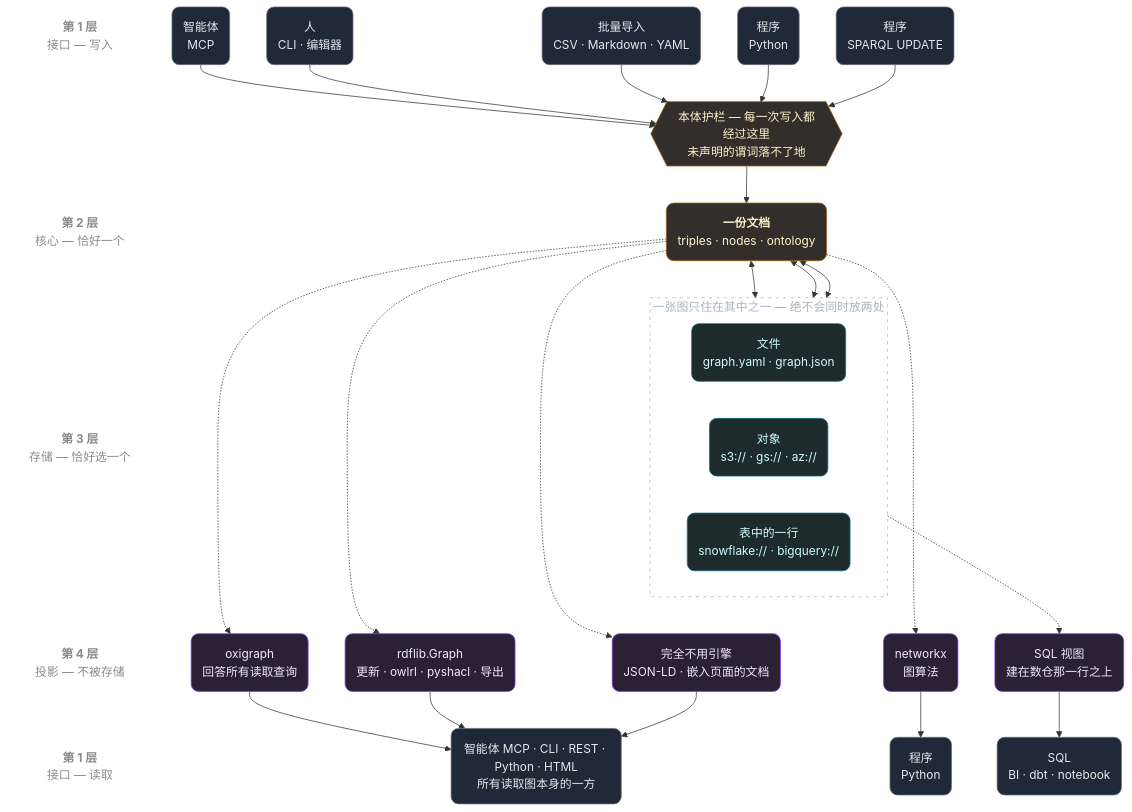
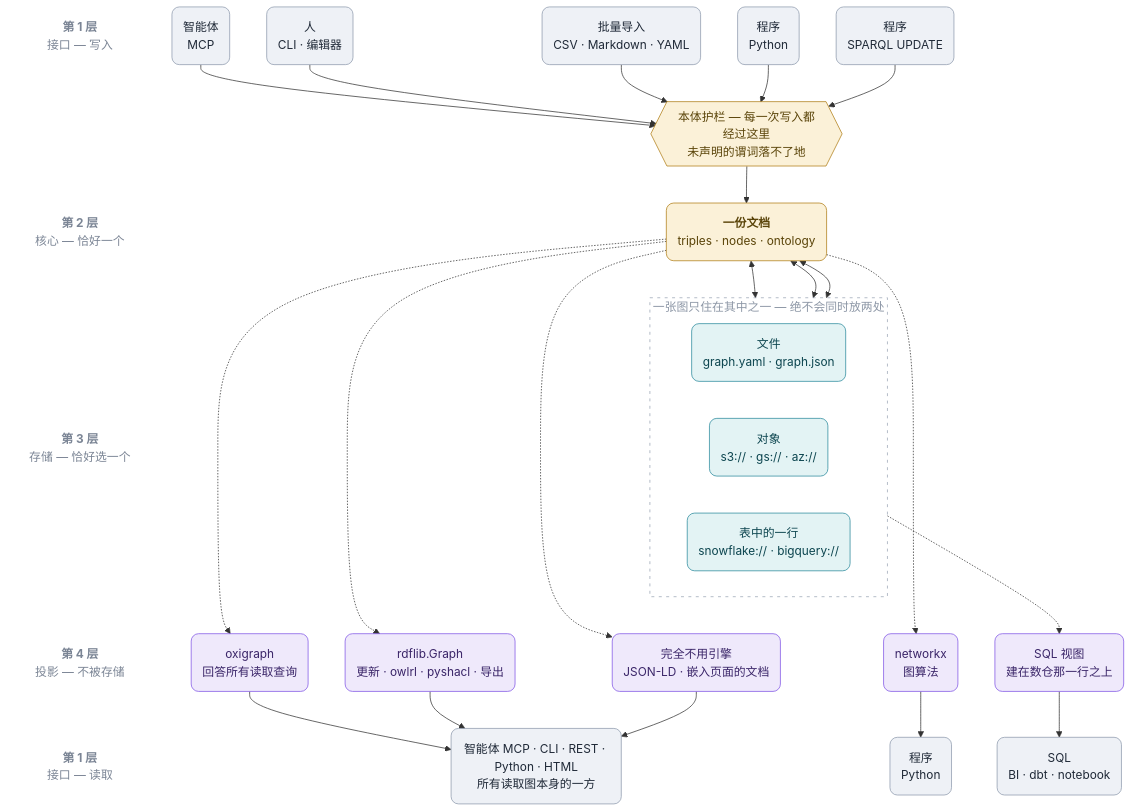
One commit to RyutoYoda/trikedb changed the first of 3 diagrams in docs/ARCHITECTURE_zh.md. Above: the diagram before and after it, drawn with Mermaid. The commit also changed 2 other files, not shown here.

Commit message:
docs: 図を淡い塗り+濃い文字にした。GitHub のライトテーマで背景が重かった
濃い塗り+明るい文字は白地の上で沈む。塗りと文字を反転して、
白地でもダークでも読めることを両方レンダリングして確認した。
3言語 × 各3図、計9枚すべてエラー0件。

````diff
--- a/docs/ARCHITECTURE_zh.md
+++ b/docs/ARCHITECTURE_zh.md
@@ -9,68 +9,68 @@
 ```mermaid
 flowchart TB
     LA["<b>第 1 层</b><br/>接口 — 写入"]
     LG[" "]
     LB["<b>第 2 层</b><br/>核心 — 恰好一个"]
     LC["<b>第 3 层</b><br/>存储 — 恰好选一个"]
     LD["<b>第 4 层</b><br/>投影 — 不被存储"]
     LE["<b>第 1 层</b><br/>接口 — 读取"]
     LA ~~~ LG ~~~ LB ~~~ LC ~~~ LD ~~~ LE
 
     WA("智能体<br/>MCP")
     WC("人<br/>CLI · 编辑器")
     WI("批量导入<br/>CSV · Markdown · YAML")
     WP("程序<br/>Python")
     WU("程序<br/>SPARQL UPDATE")
     G{{"本体护栏 — 每一次写入都经过这里<br/>未声明的谓词落不了地"}}
     C("<b>一份文档</b><br/>triples · nodes · ontology")
     subgraph pick["一张图只住在其中之一 — 绝不会同时放两处"]
         direction LR
         SF("文件<br/>graph.yaml · graph.json")
         SO("对象<br/>s3:// · gs:// · az://")
         SW("表中的一行<br/>snowflake:// · bigquery://")
     end
     PO("oxigraph<br/>回答所有读取查询")
     PR("rdflib.Graph<br/>更新 · owlrl · pyshacl · 导出")
     PN("networkx<br/>图算法")
     PV("SQL 视图<br/>建在数仓那一行之上")
     PD("完全不用引擎<br/>JSON-LD · 嵌入页面的文档")
     RQ("智能体 MCP · CLI · REST · Python · HTML<br/>所有读取图本身的一方")
     RG("程序<br/>Python")
     RS("SQL<br/>BI · dbt · notebook")
 
     WA --> G
     WC --> G
     WI --> G
     WP --> G
     WU --> G
     G --> C
     C <--> SF
     C <--> SO
     C <--> SW
     SF ~~~ PO
     SF ~~~ PR
     SO ~~~ PN
     SW -.-> PV
     SW ~~~ PD
     C -.-> PO
     C -.-> PR
     C -.-> PN
     C -.-> PD
     PO --> RQ
     PR --> RQ
     PN --> RG
     PV --> RS
     PD --> RQ
 
-    style pick fill:none,stroke:#a9b4c0,stroke-width:1px,stroke-dasharray:4 6,color:#a9b4c0
-    classDef lbl fill:none,stroke:none,color:#8b8b8b
-    classDef iface fill:#1f2937,stroke:#6b7280,color:#e5e7eb,rx:10,ry:10
-    classDef core fill:#312e2b,stroke:#a16207,color:#fef3c7,rx:10,ry:10
-    classDef store fill:#1e2b2b,stroke:#0e7490,color:#cffafe,rx:10,ry:10
-    classDef proj fill:#2a2135,stroke:#7c3aed,color:#ede9fe,rx:10,ry:10
+    style pick fill:none,stroke:#9aa4b3,stroke-width:1px,stroke-dasharray:4 6,color:#8d97a6
+    classDef lbl fill:none,stroke:none,color:#7b8595
+    classDef iface fill:#eef1f6,stroke:#8d9aad,color:#1f2937,rx:10,ry:10
+    classDef core fill:#fbf1d8,stroke:#b07d17,color:#5a4409,rx:10,ry:10
+    classDef store fill:#e3f3f4,stroke:#2b8a9c,color:#0c454f,rx:10,ry:10
+    classDef proj fill:#efe9fb,stroke:#8055e6,color:#3a2568,rx:10,ry:10
     class LA,LG,LB,LC,LD,LE lbl
     class WA,WC,WI,WP,WU,RQ,RG,RS iface
     class C,G core
     class SF,SO,SW store
     class PO,PR,PN,PV,PD proj
 ```
````
